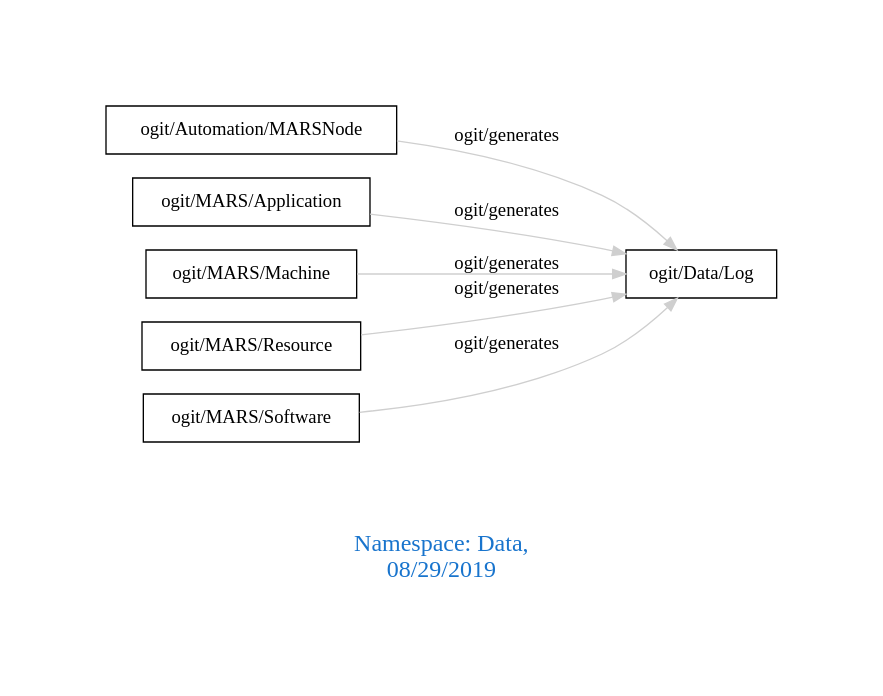
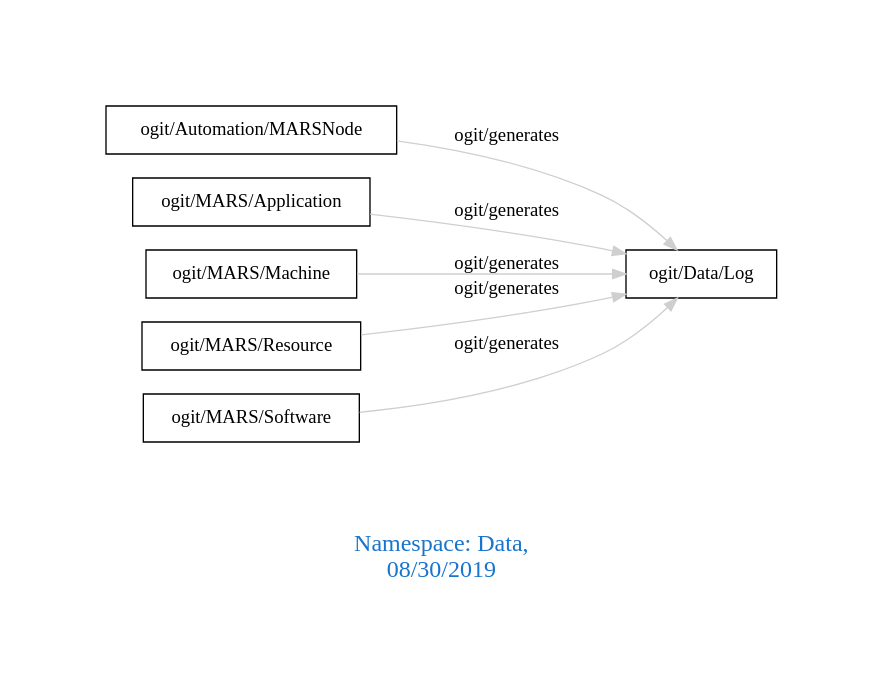
The diagram in downloads/Data.dot (arago/OGIT), drawn with Graphviz before and after one commit. The commit also changed 1500 other files, not shown here.

```diff
--- a/downloads/Data.dot
+++ b/downloads/Data.dot
@@ -1,13 +1,13 @@
 digraph OGIT_ontology {
  graph [ rankdir= LR,pad=1 
 fontsize = 18,
-fontcolor= dodgerblue3,label = "\n\n\nNamespace: Data, \n 08/29/2019"];
+fontcolor= dodgerblue3,label = "\n\n\nNamespace: Data, \n 08/30/2019"];
 node[shape=polygon];
 edge [  color="gray81"];
 
    "ogit/Automation/MARSNode" -> "ogit/Data/Log" [label="   ogit/generates    "];
    "ogit/MARS/Application" -> "ogit/Data/Log" [label="   ogit/generates    "];
    "ogit/MARS/Machine" -> "ogit/Data/Log" [label="   ogit/generates    "];
    "ogit/MARS/Resource" -> "ogit/Data/Log" [label="   ogit/generates    "];
    "ogit/MARS/Software" -> "ogit/Data/Log" [label="   ogit/generates    "];
 }
```
